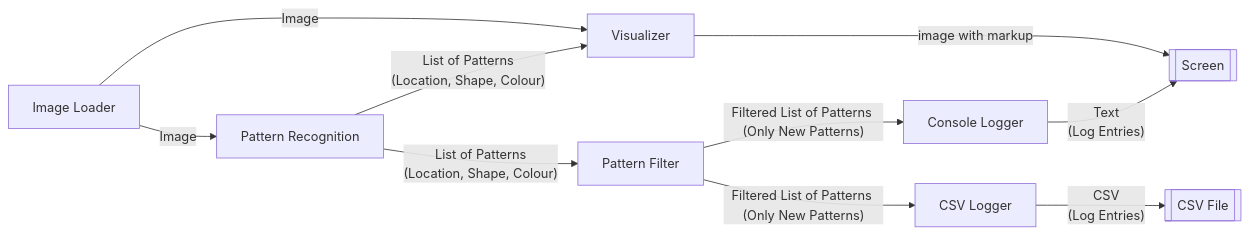
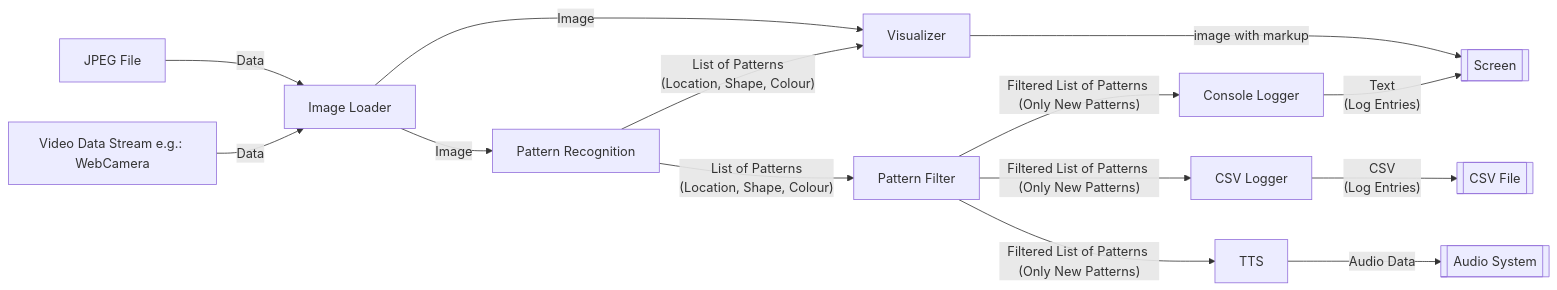
One commit to rursprung/fhgr-sweng-pattern-recognition changed the diagram in README.md. Above: the diagram before and after it, drawn with Mermaid. The commit also changed 14 other files, not shown here.

````diff
--- a/README.md
+++ b/README.md
@@ -29,26 +29,34 @@
 ```mermaid
 graph LR
+    Image -->|Data|IL
+    Video -->|Data|IL
     IL -->|Image|PR
     IL -->|Image|Viz
     PR -->|"List of Patterns
     (Location, Shape, Colour)"|Viz
     Viz -->|"image with markup"|Screen
 
     PR -->|"List of Patterns
     (Location, Shape, Colour)"|PF
     PF -->|"Filtered List of Patterns (Only New Patterns)"|ConsoleLogger
     ConsoleLogger-->|"Text
     (Log Entries)"|Screen
     PF -->|"Filtered List of Patterns (Only New Patterns)"|CSVLogger
     CSVLogger -->|"CSV
     (Log Entries)"|CSVFile
-
+    
+    PF -->|"Filtered List of Patterns (Only New Patterns)"|TTS
+    TTS -->|"Audio Data"|Audio
+    
     IL[Image Loader]
+    Image[JPEG File]
+    Video[Video Data Stream e.g.: WebCamera]
     Viz[Visualizer]
     PR[Pattern Recognition]
     PF[Pattern Filter]
     ConsoleLogger[Console Logger]
     CSVLogger[CSV Logger]
     Screen[[Screen]]
+    Audio[[Audio System]]
     CSVFile[[CSV File]]
 ```
````
